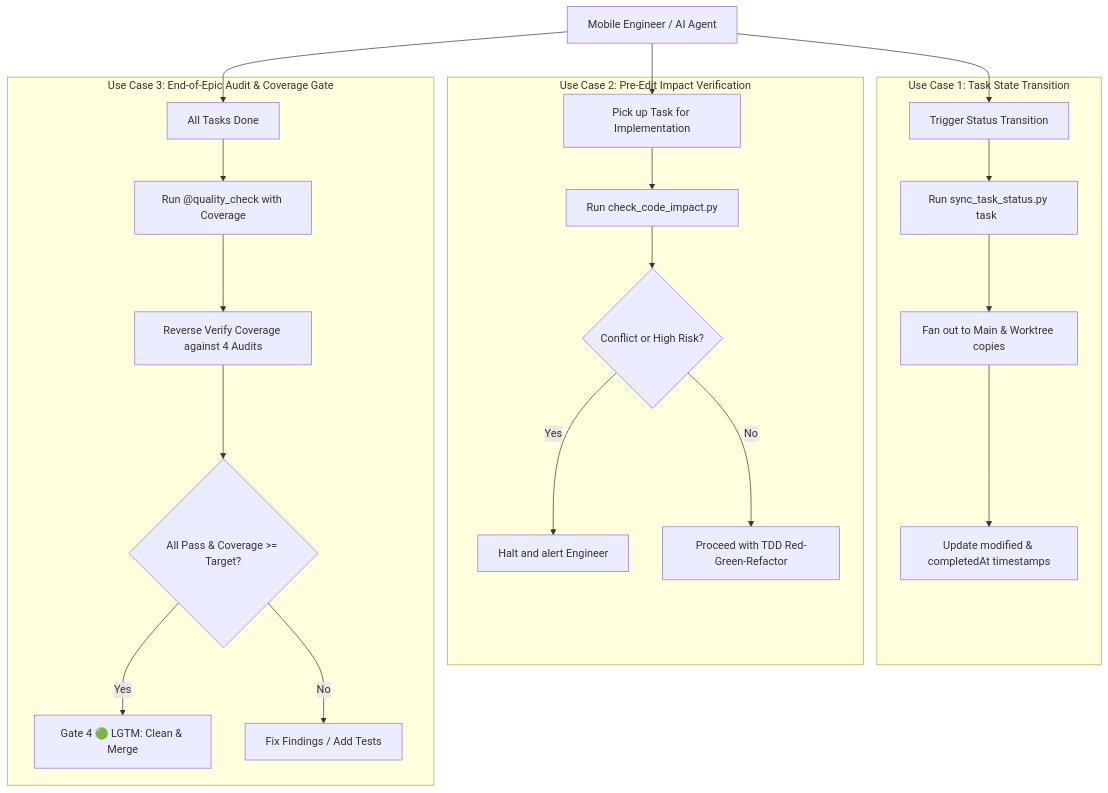
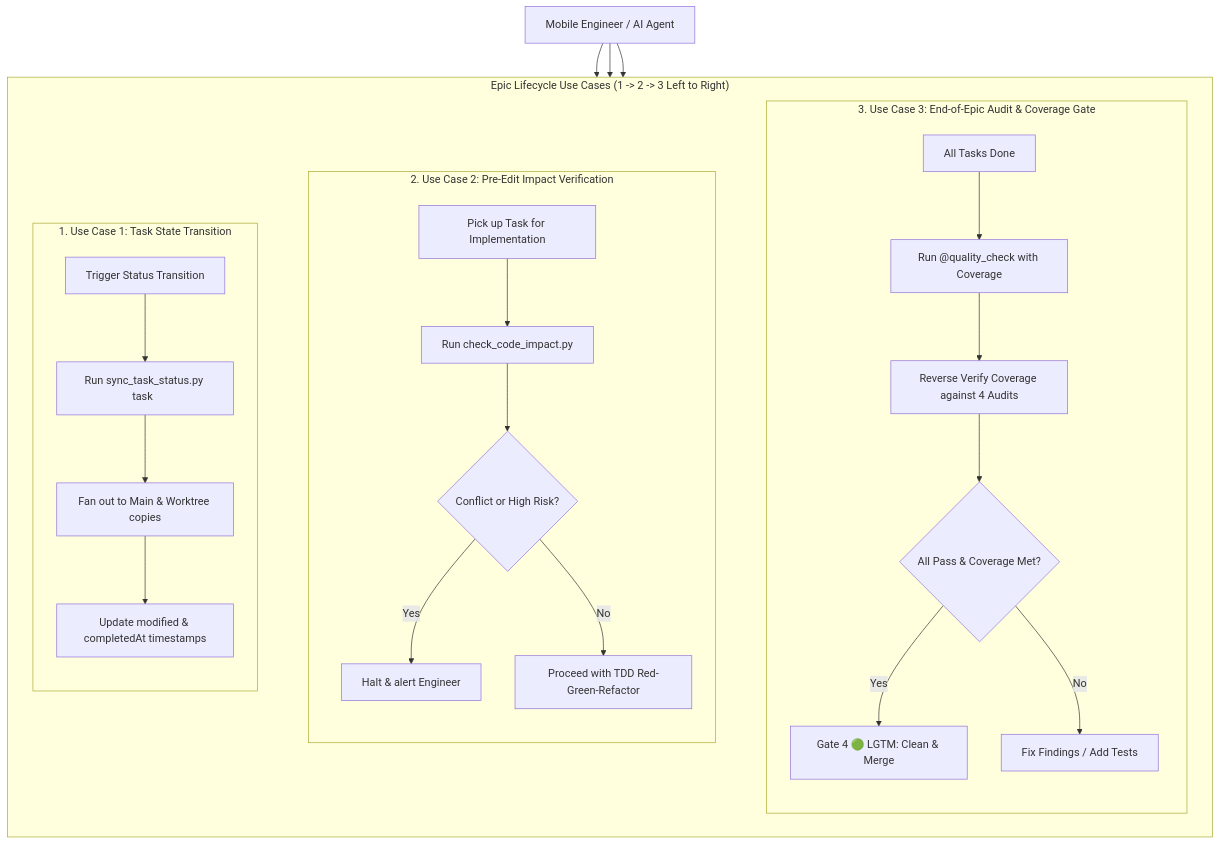
The second of 7 diagrams in .devtool/epic/kanban_sync_impact_analysis/kanban_sync_impact_analysis.en.md (DanhDue/ai-agent-tools), drawn with Mermaid before and after one commit. The commit also changed other lines of this file and 1 other file, not shown here.

Commit message:
[EPIC_DESIGNER] Lay out Impact Engine layers and Use Cases horizontally
- Set direction LR on Impact Engine (Layer 1 -> 2 -> 3 -> 4)
- Place Use Cases 1 -> 2 -> 3 horizontally from left to right

````diff
--- a/.devtool/epic/kanban_sync_impact_analysis/kanban_sync_impact_analysis.en.md
+++ b/.devtool/epic/kanban_sync_impact_analysis/kanban_sync_impact_analysis.en.md
@@ -83,39 +81,37 @@
 ```mermaid
-flowchart TD
+flowchart TB
     ACTOR["Mobile Engineer / AI Agent"]
     
-    subgraph UC1["Use Case 1: Task State Transition"]
-        UC1_START["Trigger Status Transition"]
-        UC1_EXEC["Run sync_task_status.py task <id> <status>"]
-        UC1_FANOUT["Fan out to Main & Worktree copies"]
-        UC1_TIME["Update modified & completedAt timestamps"]
-        UC1_START --> UC1_EXEC --> UC1_FANOUT --> UC1_TIME
-    end
+    subgraph USE_CASES["Epic Lifecycle Use Cases (1 -> 2 -> 3 Left to Right)"]
+        direction LR
+        subgraph UC1["1. Use Case 1: Task State Transition"]
+            direction TB
+            UC1_START["Trigger Status Transition"] --> UC1_EXEC["Run sync_task_status.py task <id> <status>"]
+            UC1_EXEC --> UC1_FANOUT["Fan out to Main & Worktree copies"]
+            UC1_FANOUT --> UC1_TIME["Update modified & completedAt timestamps"]
+        end
 
-    subgraph UC2["Use Case 2: Pre-Edit Impact Verification"]
-        UC2_START["Pick up Task for Implementation"]
-        UC2_CHECK["Run check_code_impact.py"]
-        UC2_VERIFY{"Conflict or High Risk?"}
-        UC2_HALT["Halt and alert Engineer"]
-        UC2_CONT["Proceed with TDD Red-Green-Refactor"]
-        UC2_START --> UC2_CHECK --> UC2_VERIFY
-        UC2_VERIFY -->|Yes| UC2_HALT
-        UC2_VERIFY -->|No| UC2_CONT
-    end
+        subgraph UC2["2. Use Case 2: Pre-Edit Impact Verification"]
+            direction TB
+            UC2_START["Pick up Task for Implementation"] --> UC2_CHECK["Run check_code_impact.py"]
+            UC2_CHECK --> UC2_VERIFY{"Conflict or High Risk?"}
+            UC2_VERIFY -->|Yes| UC2_HALT["Halt & alert Engineer"]
+            UC2_VERIFY -->|No| UC2_CONT["Proceed with TDD Red-Green-Refactor"]
+        end
 
-    subgraph UC3["Use Case 3: End-of-Epic Audit & Coverage Gate"]
-        UC3_START["All Tasks Done"]
-        UC3_RUN["Run @quality_check with Coverage"]
-        UC3_REVERSE["Reverse Verify Coverage against 4 Audits"]
-        UC3_GATE{"All Pass & Coverage >= Target?"}
-        UC3_MERGE["Gate 4 🟢 LGTM: Clean & Merge"]
-        UC3_FAIL["Fix Findings / Add Tests"]
-        UC3_START --> UC3_RUN --> UC3_REVERSE --> UC3_GATE
-        UC3_GATE -->|Yes| UC3_MERGE
-        UC3_GATE -->|No| UC3_FAIL
+        subgraph UC3["3. Use Case 3: End-of-Epic Audit & Coverage Gate"]
+            direction TB
+            UC3_START["All Tasks Done"] --> UC3_RUN["Run @quality_check with Coverage"]
+            UC3_RUN --> UC3_REVERSE["Reverse Verify Coverage against 4 Audits"]
+            UC3_REVERSE --> UC3_GATE{"All Pass & Coverage Met?"}
+            UC3_GATE -->|Yes| UC3_MERGE["Gate 4 🟢 LGTM: Clean & Merge"]
+            UC3_GATE -->|No| UC3_FAIL["Fix Findings / Add Tests"]
+        end
+
+        UC1 ~~~ UC2 ~~~ UC3
     end
 
     ACTOR --> UC1_START
     ACTOR --> UC2_START
     ACTOR --> UC3_START
 ```
````
